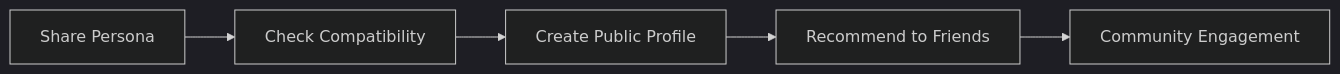
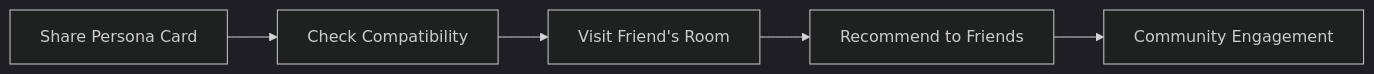
Before and after one commit to salieri009/Re-MirAI: the sixth of 6 diagrams in docs/04-user-experience/01-User-Journey-Map.md, drawn with Mermaid (dark theme). The commit also changed other lines of this file and 6 other files, not shown here.

````diff
--- a/docs/04-user-experience/01-User-Journey-Map.md
+++ b/docs/04-user-experience/01-User-Journey-Map.md
@@ -268,4 +268,4 @@
 ```mermaid
 graph LR
-    A[Share Persona] --> B[Check Compatibility] --> C[Create Public Profile] --> D[Recommend to Friends] --> E[Community Engagement]
+    A[Share Persona Card] --> B[Check Compatibility] --> C[Visit Friend's Room] --> D[Recommend to Friends] --> E[Community Engagement]
 ```
````
